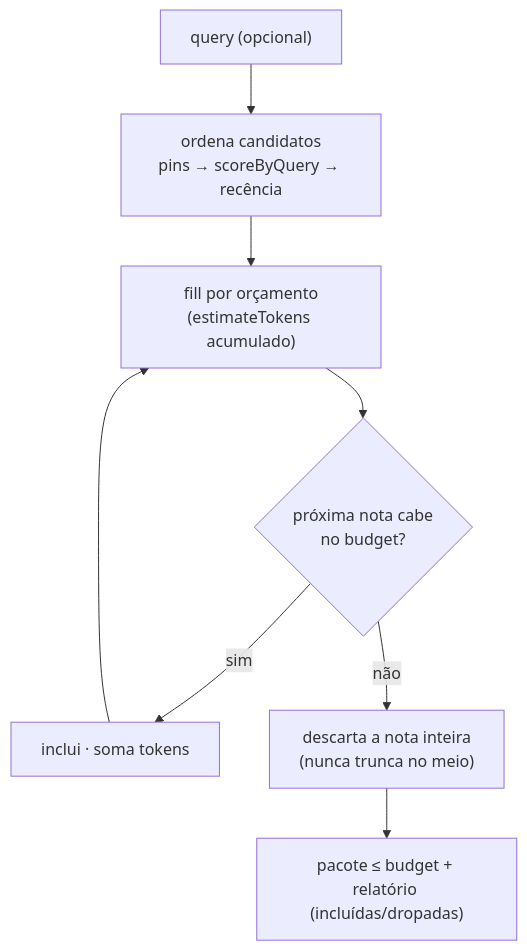
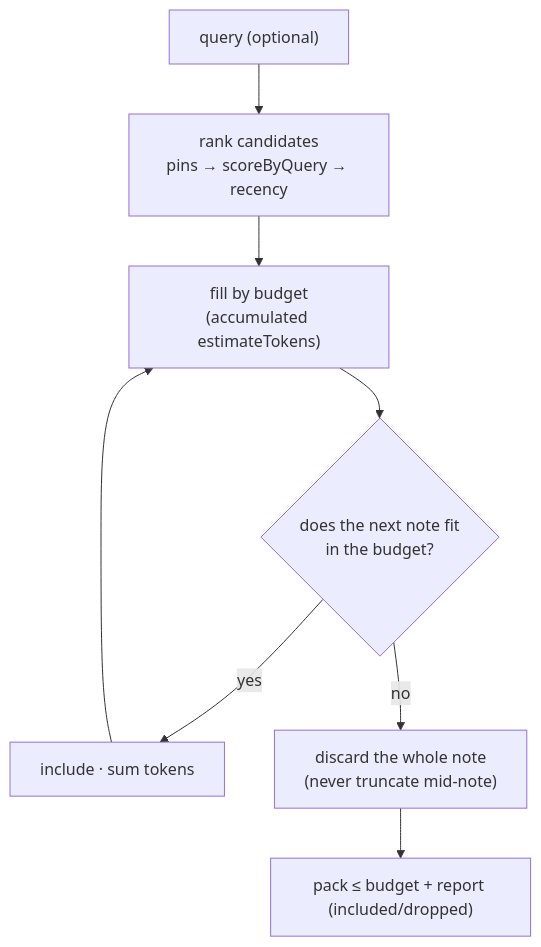
One commit to MatheusChiodi/AgentTeam-Memory changed the third of 4 diagrams in docs/ARCHITECTURE-PHASE-3.md. Above: the diagram before and after it, drawn with Mermaid. The commit also changed other lines of this file and 49 other files, not shown here.

````diff
--- a/docs/ARCHITECTURE-PHASE-3.md
+++ b/docs/ARCHITECTURE-PHASE-3.md
@@ -133,9 +133,9 @@
 ```mermaid
 flowchart TD
-  Q["query (opcional)"] --> RANK["ordena candidatos<br/>pins → scoreByQuery → recência"]
-  RANK --> FILL["fill por orçamento<br/>(estimateTokens acumulado)"]
-  FILL --> FIT{"próxima nota cabe<br/>no budget?"}
-  FIT -- sim --> ADD["inclui · soma tokens"] --> FILL
-  FIT -- não --> STOP["descarta a nota inteira<br/>(nunca trunca no meio)"]
-  STOP --> OUT["pacote ≤ budget + relatório (incluídas/dropadas)"]
+  Q["query (optional)"] --> RANK["rank candidates<br/>pins → scoreByQuery → recency"]
+  RANK --> FILL["fill by budget<br/>(accumulated estimateTokens)"]
+  FILL --> FIT{"does the next note fit<br/>in the budget?"}
+  FIT -- yes --> ADD["include · sum tokens"] --> FILL
+  FIT -- no --> STOP["discard the whole note<br/>(never truncate mid-note)"]
+  STOP --> OUT["pack ≤ budget + report (included/dropped)"]
 ```
````
